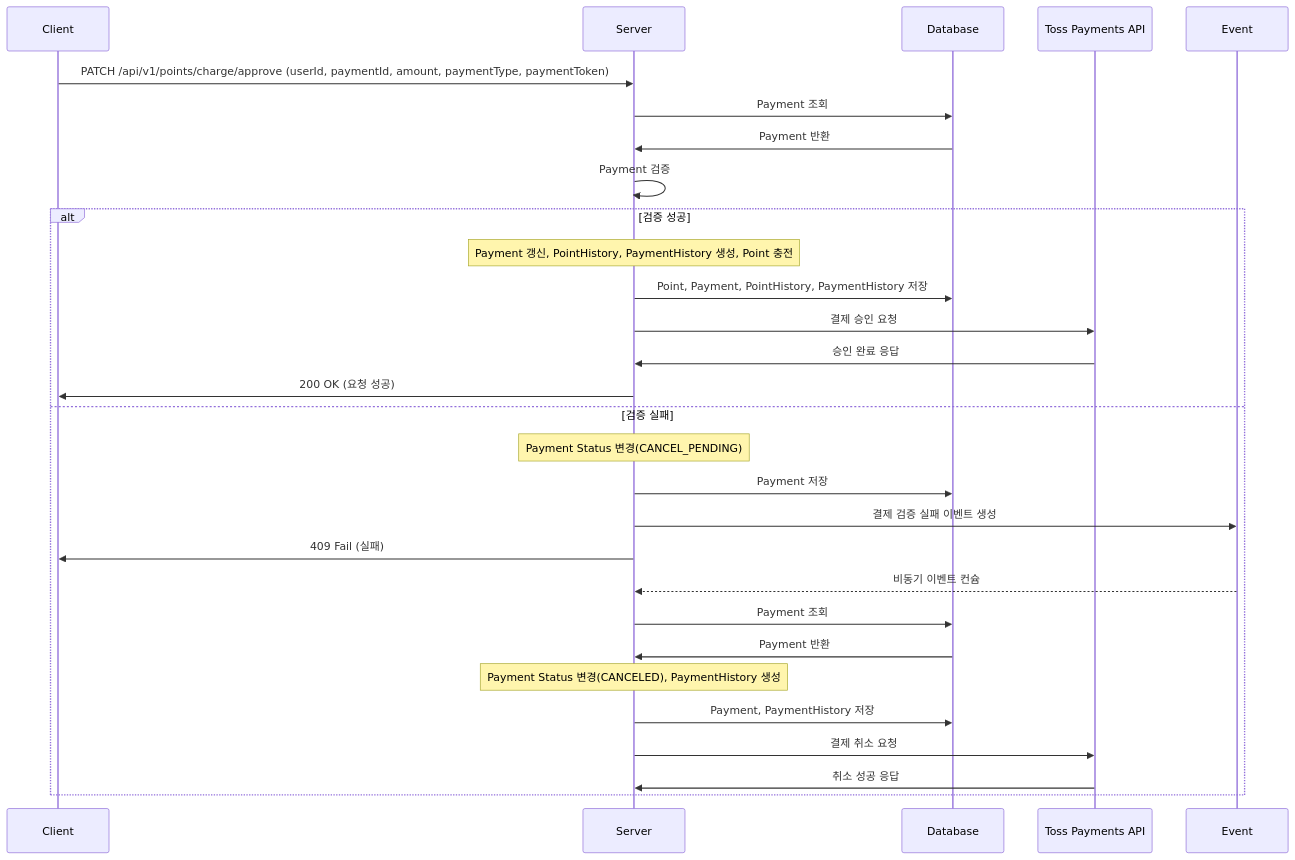
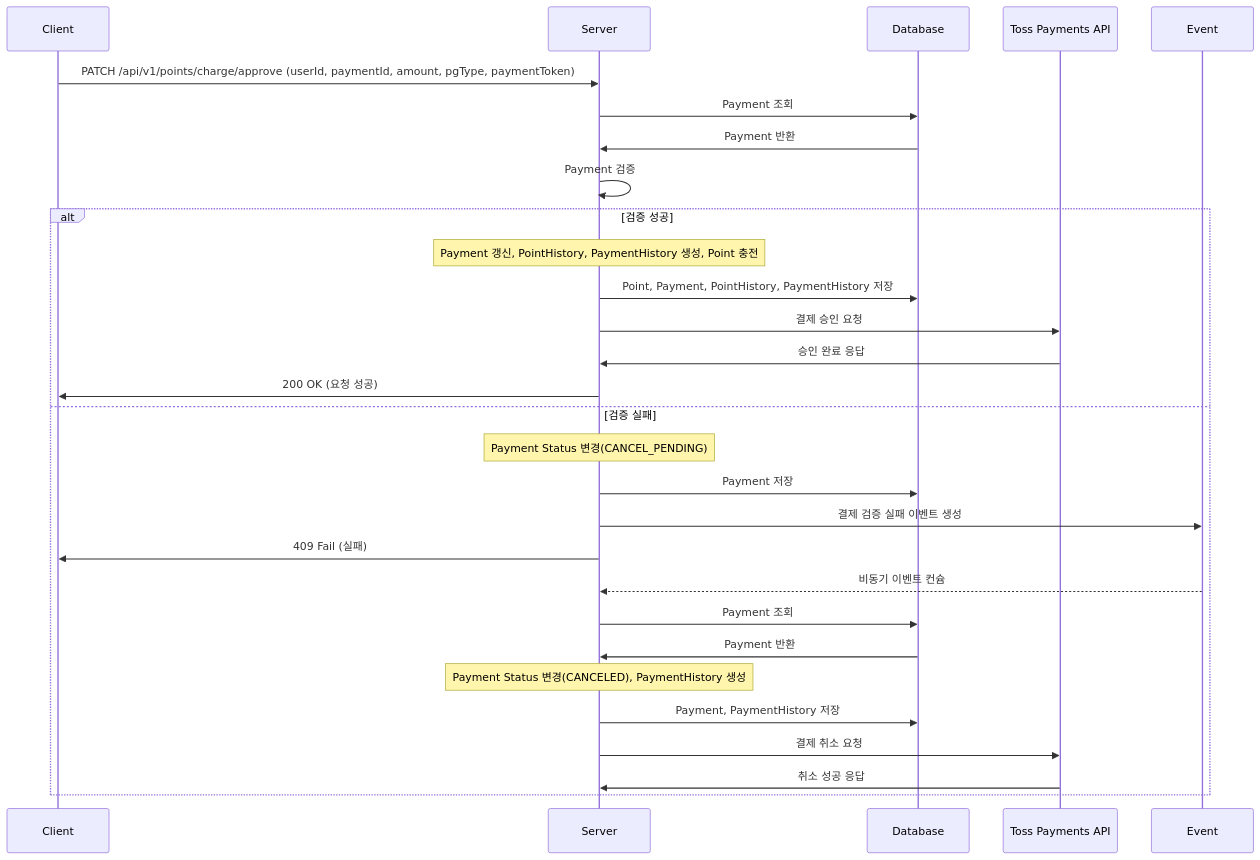
Before and after one commit to geonyeop123/pointly: the fourth of 5 diagrams in docs/sequenceDiagram.md, drawn with Mermaid. The commit also changed other lines of this file and 12 other files, not shown here.

Commit message:
fix : paymentType -> pgType

````diff
--- a/docs/sequenceDiagram.md
+++ b/docs/sequenceDiagram.md
@@ -61,32 +61,32 @@
 ```mermaid
 sequenceDiagram
     participant Client
 		participant Server
     participant Database
     participant Toss Payments API
     participant Event
 
-    Client->>Server: PATCH /api/v1/points/charge/approve (userId, paymentId, amount, paymentType, paymentToken)
+    Client->>Server: PATCH /api/v1/points/charge/approve (userId, paymentId, amount, pgType, paymentToken)
     Server->>Database : Payment 조회
     Database->>Server : Payment 반환
 	  Server->>Server : Payment 검증
     alt 검증 성공
 		Note over Server : Payment 갱신, PointHistory, PaymentHistory 생성, Point 충전
 		Server->>Database : Point, Payment, PointHistory, PaymentHistory 저장
 	  Server->>Toss Payments API : 결제 승인 요청
     Toss Payments API->>Server : 승인 완료 응답
 		Server->>Client : 200 OK (요청 성공)
 	  else 검증 실패
 		Note over Server : Payment Status 변경(CANCEL_PENDING)
 		Server->>Database : Payment 저장
 	  Server->>Event : 결제 검증 실패 이벤트 생성
 	  Server->>Client : 409 Fail (실패)
 	  Event-->>Server: 비동기 이벤트 컨슘
 	  Server->>Database: Payment 조회
 	  Database->>Server: Payment 반환
 		Note over Server : Payment Status 변경(CANCELED), PaymentHistory 생성
     Server->>Database: Payment, PaymentHistory 저장
     Server->>Toss Payments API: 결제 취소 요청
     Toss Payments API->>Server: 취소 성공 응답
 		end
 ```
````
